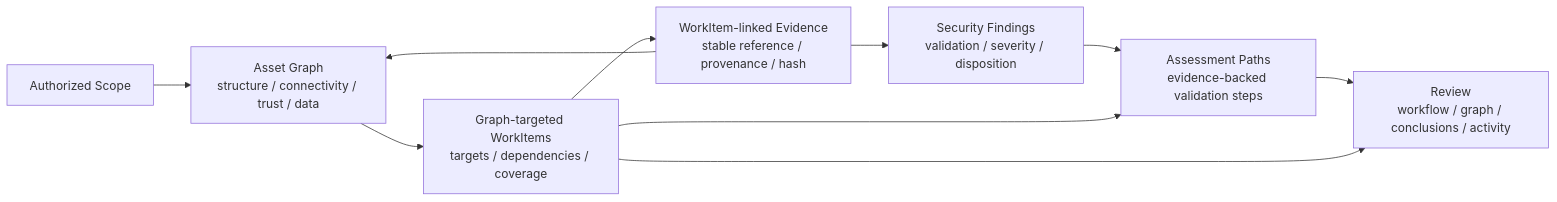
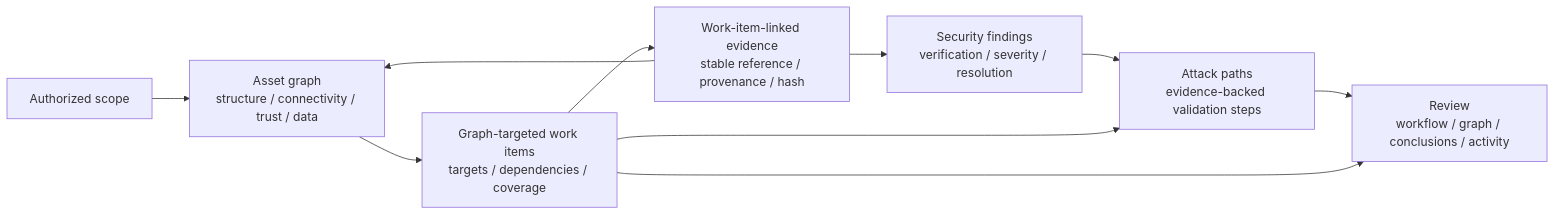
The third of 4 diagrams in README.md (1sLand99/Z3r0), drawn with Mermaid before and after one commit. The commit also changed other lines of this file and 32 other files, not shown here.

````diff
--- a/README.md
+++ b/README.md
@@ -147,16 +148,16 @@
 ```mermaid
 flowchart LR
-  Scope["Authorized Scope"]
-  GraphData["Asset Graph<br/>structure / connectivity / trust / data"]
-  Work["Graph-targeted WorkItems<br/>targets / dependencies / coverage"]
-  Evidence["WorkItem-linked Evidence<br/>stable reference / provenance / hash"]
-  Findings["Security Findings<br/>validation / severity / disposition"]
-  Paths["Assessment Paths<br/>evidence-backed validation steps"]
+  Scope["Authorized scope"]
+  GraphData["Asset graph<br/>structure / connectivity / trust / data"]
+  Work["Graph-targeted work items<br/>targets / dependencies / coverage"]
+  Evidence["Work-item-linked evidence<br/>stable reference / provenance / hash"]
+  Findings["Security findings<br/>verification / severity / resolution"]
+  Paths["Attack paths<br/>evidence-backed validation steps"]
   Review["Review<br/>workflow / graph / conclusions / activity"]
 
   Scope --> GraphData --> Work --> Evidence
   Evidence --> GraphData
   Evidence --> Findings --> Paths --> Review
   Work --> Paths
   Work --> Review
 ```
````
